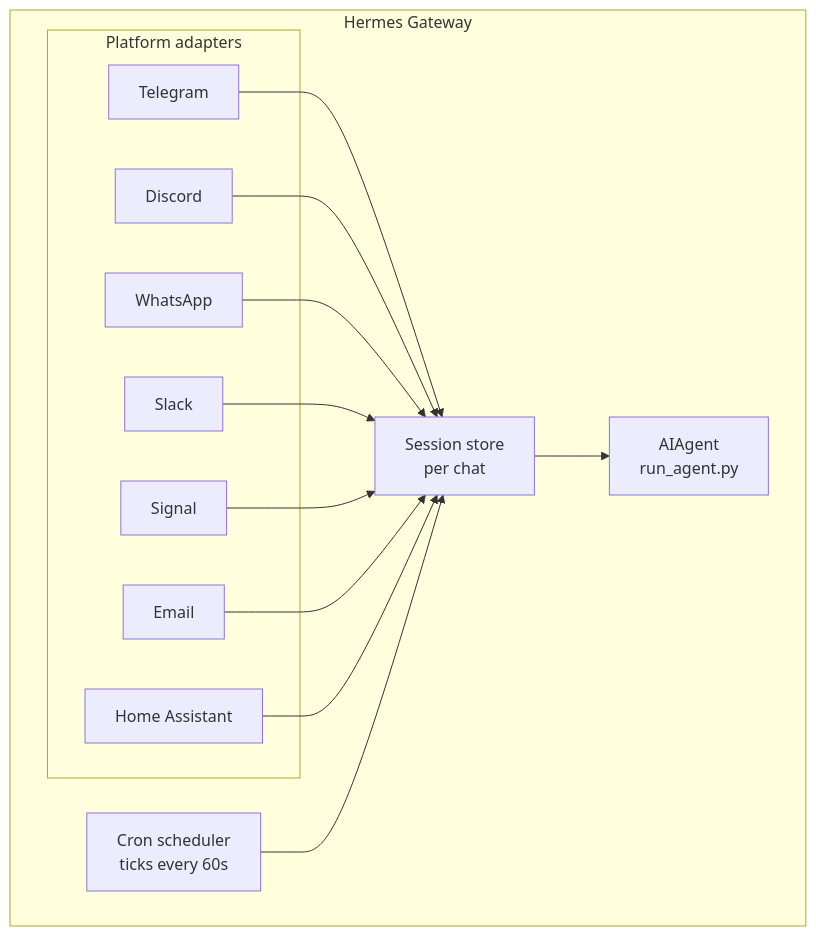
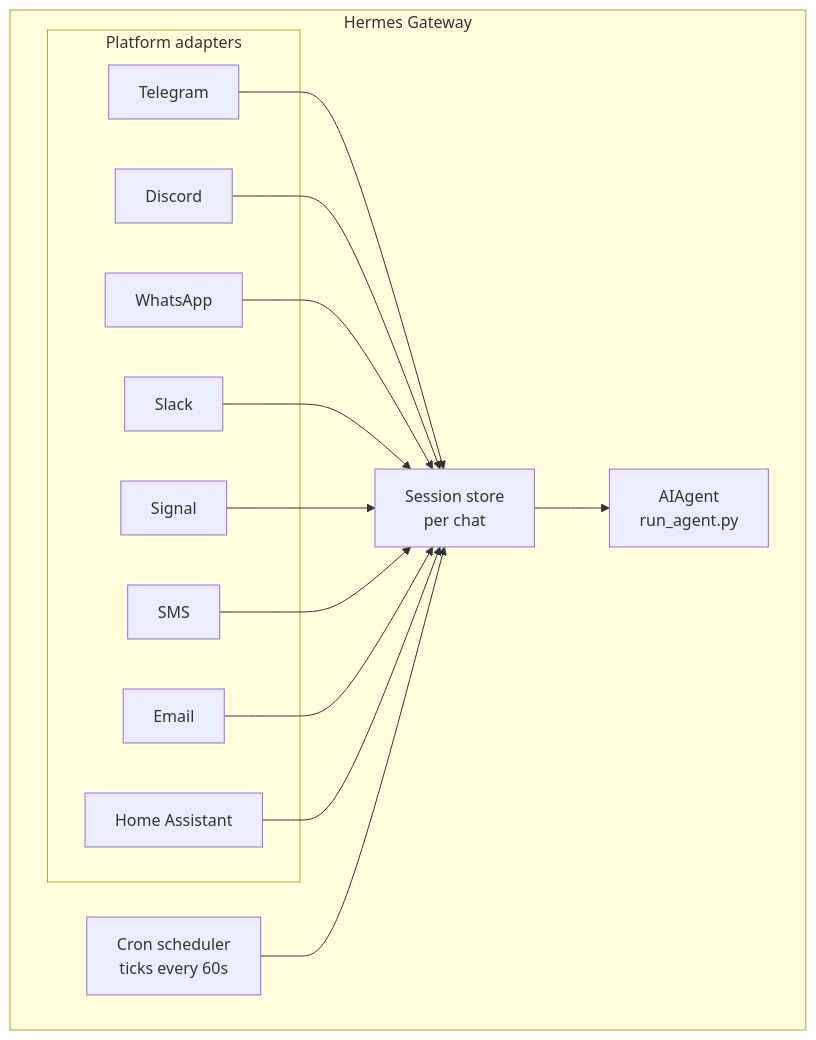
One commit to NousResearch/hermes-agent changed the diagram in website/docs/user-guide/messaging/index.md. Above: the diagram before and after it, drawn with Mermaid. The commit also changed other lines of this file and 15 other files, not shown here.

````diff
--- a/website/docs/user-guide/messaging/index.md
+++ b/website/docs/user-guide/messaging/index.md
@@ -15,28 +15,30 @@
 ```mermaid
 flowchart TB
     subgraph Gateway["Hermes Gateway"]
         subgraph Adapters["Platform adapters"]
             tg[Telegram]
             dc[Discord]
             wa[WhatsApp]
             sl[Slack]
             sig[Signal]
+            sms[SMS]
             em[Email]
             ha[Home Assistant]
         end
 
         store["Session store<br/>per chat"]
         agent["AIAgent<br/>run_agent.py"]
         cron["Cron scheduler<br/>ticks every 60s"]
     end
 
     tg --> store
     dc --> store
     wa --> store
     sl --> store
     sig --> store
+    sms --> store
     em --> store
     ha --> store
     store --> agent
     cron --> store
 ```
````
